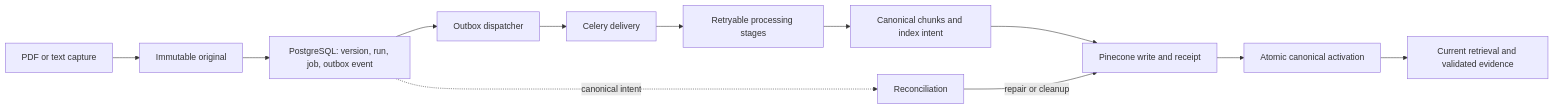
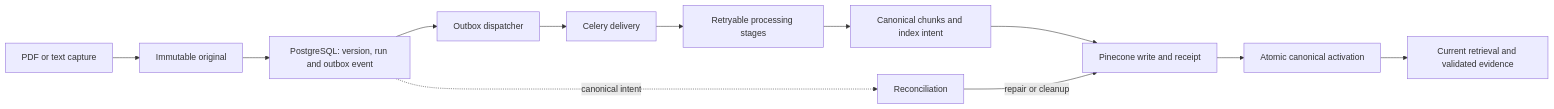
The diagram in docs/12-m2-implementation-plan.md (rnkraus/investment-research), drawn with Mermaid before and after one commit. The commit also changed other lines of this file and 10 other files, not shown here.

````diff
--- a/docs/12-m2-implementation-plan.md
+++ b/docs/12-m2-implementation-plan.md
@@ -67,14 +69,14 @@
 ```mermaid
 flowchart LR
     A[PDF or text capture] --> B[Immutable original]
-    B --> C[PostgreSQL: version, run, job, outbox event]
+    B --> C[PostgreSQL: version, run and outbox event]
     C --> D[Outbox dispatcher]
     D --> E[Celery delivery]
     E --> F[Retryable processing stages]
     F --> G[Canonical chunks and index intent]
     G --> H[Pinecone write and receipt]
     H --> I[Atomic canonical activation]
     I --> J[Current retrieval and validated evidence]
     C -. canonical intent .-> K[Reconciliation]
     K -->|repair or cleanup| H
 ```
````
